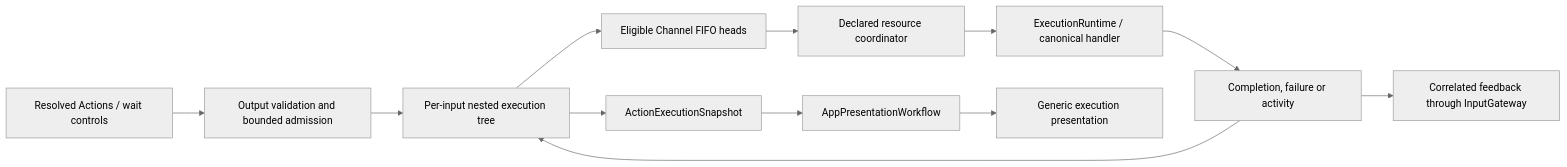
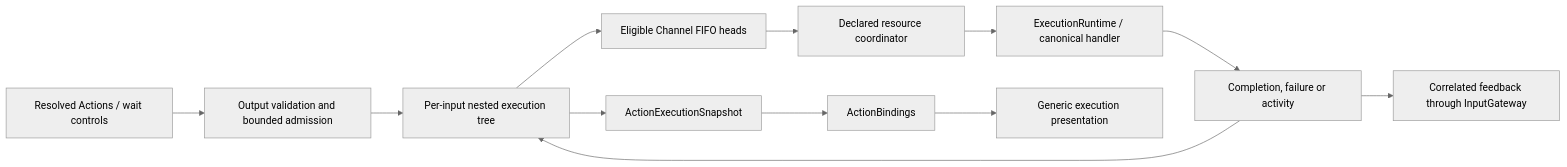
Before and after one commit to devilyouwei/MobileHarness: the ninth of 32 diagrams in MobileHarness/README.md, drawn with Mermaid (neutral theme). The commit also changed other lines of this file and 254 other files, not shown here.

First line of the commit message:
refactor: isolate app composition and module bindings

````diff
--- a/MobileHarness/README.md
+++ b/MobileHarness/README.md
@@ -625,14 +589,14 @@
 ```mermaid
 flowchart LR
     Calls[Resolved Actions / wait controls] --> Admission[Output validation and bounded admission]
     Admission --> Tree[Per-input nested execution tree]
     Tree --> Heads[Eligible Channel FIFO heads]
     Heads --> Resource[Declared resource coordinator]
     Resource --> Runtime[ExecutionRuntime / canonical handler]
     Runtime --> Result[Completion, failure or activity]
     Result --> Tree
     Result --> Feedback[Correlated feedback through InputGateway]
     Tree --> Snapshot[ActionExecutionSnapshot]
-    Snapshot --> Presentation[AppPresentationWorkflow]
+    Snapshot --> Presentation[ActionBindings]
     Presentation --> UI[Generic execution presentation]
 ```
````
